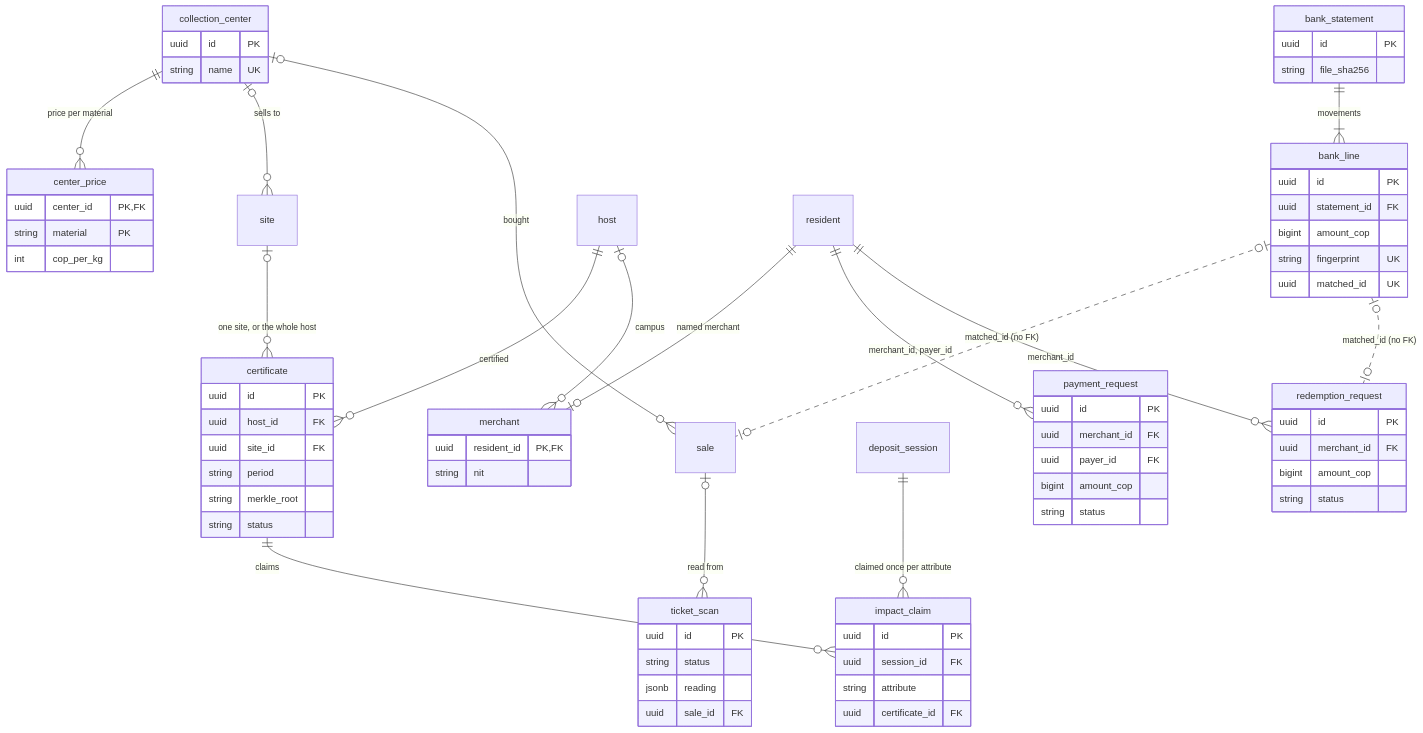
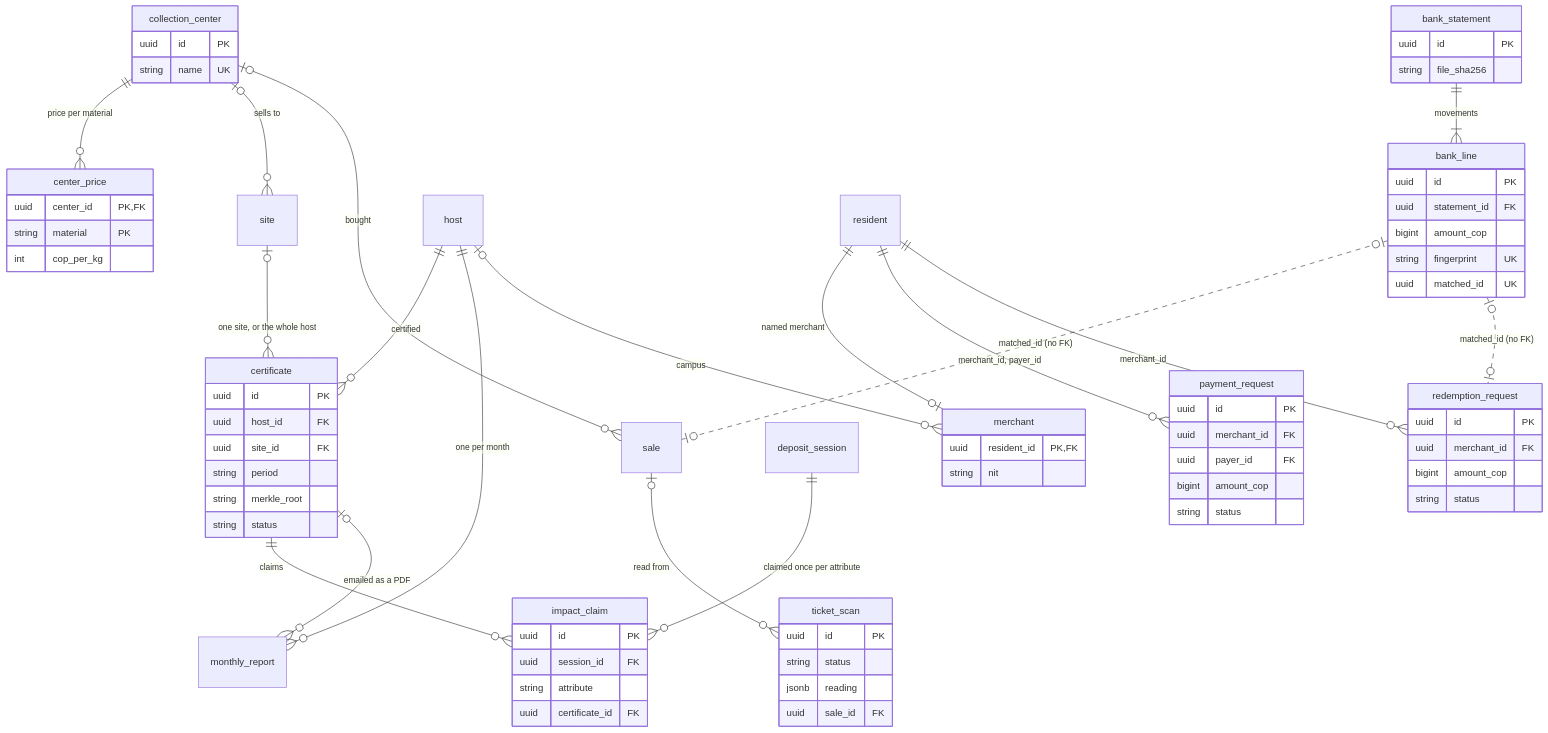
One commit to diegowritescode/zyrcle changed the fourth of 12 diagrams in docs/database.md. Above: the diagram before and after it, drawn with Mermaid. The commit also changed other lines of this file and 35 other files, not shown here.

First line of the commit message:
feat: hosts get a monthly certificate as a PDF, goals per site, and GreenMetric figures (M20)

````diff
--- a/docs/database.md
+++ b/docs/database.md
@@ -383,76 +383,78 @@
 ```mermaid
 erDiagram
     collection_center ||--o{ center_price : "price per material"
     collection_center |o--o{ site : "sells to"
     collection_center |o--o{ sale : "bought"
     sale |o--o{ ticket_scan : "read from"
     bank_statement ||--|{ bank_line : "movements"
     bank_line |o..o| sale : "matched_id (no FK)"
     bank_line |o..o| redemption_request : "matched_id (no FK)"
     host ||--o{ certificate : "certified"
     site |o--o{ certificate : "one site, or the whole host"
     certificate ||--o{ impact_claim : "claims"
     deposit_session ||--o{ impact_claim : "claimed once per attribute"
+    host ||--o{ monthly_report : "one per month"
+    certificate |o--o{ monthly_report : "emailed as a PDF"
     resident ||--o| merchant : "named merchant"
     host |o--o{ merchant : "campus"
     resident ||--o{ payment_request : "merchant_id, payer_id"
     resident ||--o{ redemption_request : "merchant_id"
 
     collection_center {
         uuid id PK
         string name UK
     }
     center_price {
         uuid center_id PK, FK
         string material PK
         int cop_per_kg
     }
     ticket_scan {
         uuid id PK
         string status
         jsonb reading
         uuid sale_id FK
     }
     bank_statement {
         uuid id PK
         string file_sha256
     }
     bank_line {
         uuid id PK
         uuid statement_id FK
         bigint amount_cop
         string fingerprint UK
         uuid matched_id UK
     }
     certificate {
         uuid id PK
         uuid host_id FK
         uuid site_id FK
         string period
         string merkle_root
         string status
     }
     impact_claim {
         uuid id PK
         uuid session_id FK
         string attribute
         uuid certificate_id FK
     }
     merchant {
         uuid resident_id PK, FK
         string nit
     }
     payment_request {
         uuid id PK
         uuid merchant_id FK
         uuid payer_id FK
         bigint amount_cop
         string status
     }
     redemption_request {
         uuid id PK
         uuid merchant_id FK
         bigint amount_cop
         string status
     }
 ```
````
